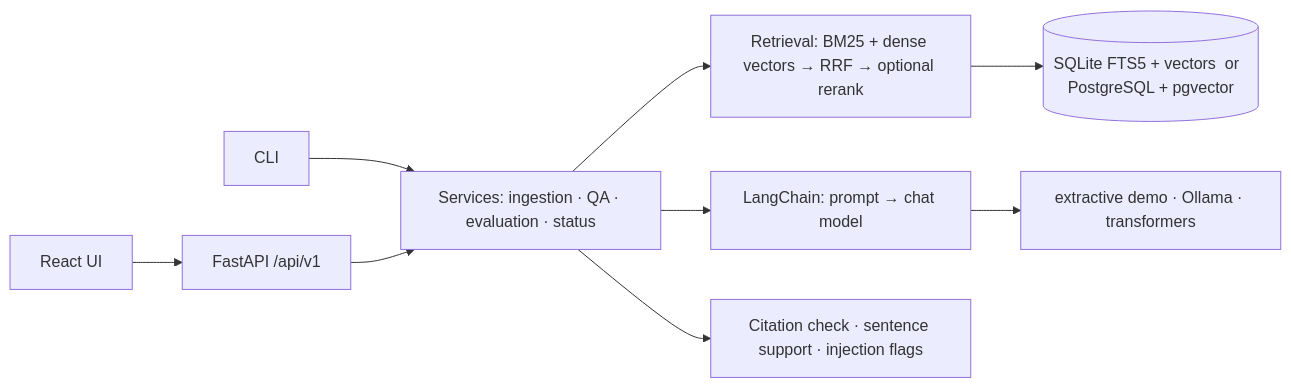
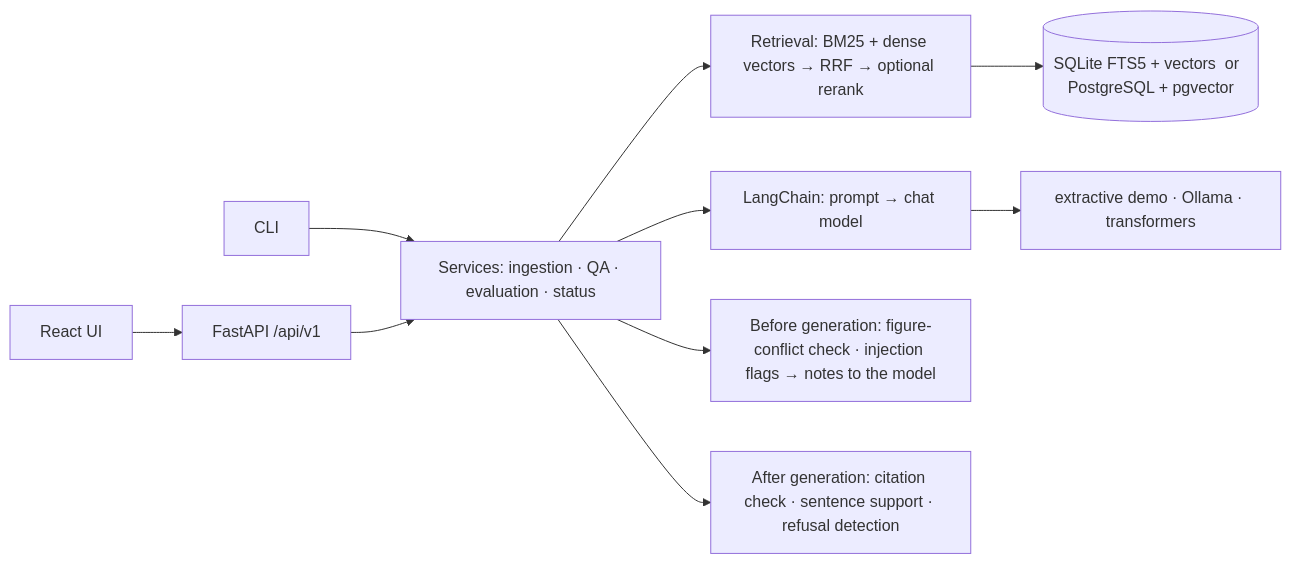
Before and after one commit to pouyapd/GroundedAI: the diagram in README.md, drawn with Mermaid. The commit also changed other lines of this file and 24 other files, not shown here.

````diff
--- a/README.md
+++ b/README.md
@@ -79,11 +87,12 @@
 ```mermaid
 flowchart LR
   UI["React UI"] --> API["FastAPI /api/v1"]
   CLI["CLI"] --> SVC
   API --> SVC["Services: ingestion · QA · evaluation · status"]
   SVC --> RET["Retrieval: BM25 + dense vectors → RRF → optional rerank"]
   RET --> DB[("SQLite FTS5 + vectors  or  PostgreSQL + pgvector")]
   SVC --> GEN["LangChain: prompt → chat model"]
   GEN --> LLM["extractive demo · Ollama · transformers"]
-  SVC --> CHK["Citation check · sentence support · injection flags"]
+  SVC --> PRE["Before generation: figure-conflict check · injection flags → notes to the model"]
+  SVC --> CHK["After generation: citation check · sentence support · refusal detection"]
 ```
````
